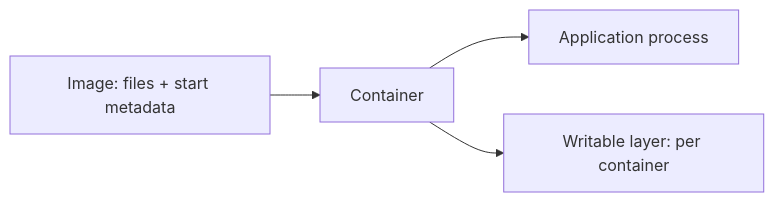
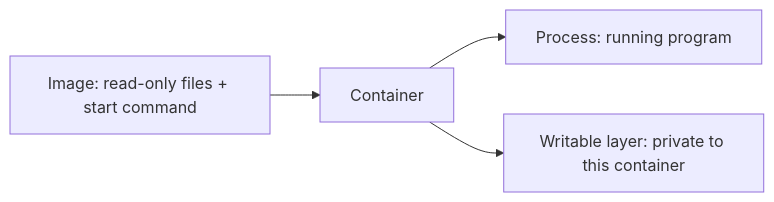
The diagram in docs/learn/containers/process-image-container.md (darshan-raul/apollo11-docs), drawn with Mermaid before and after one commit. The commit also changed other lines of this file and 55 other files, not shown here.

````diff
--- a/docs/learn/containers/process-image-container.md
+++ b/docs/learn/containers/process-image-container.md
@@ -24,6 +35,6 @@
 ```mermaid
 flowchart LR
-  I[Image: files + start metadata] --> C[Container]
-  C --> P[Application process]
-  C --> W[Writable layer: per container]
+  I[Image: read-only files + start command] --> C[Container]
+  C --> P[Process: running program]
+  C --> W[Writable layer: private to this container]
 ```
````
